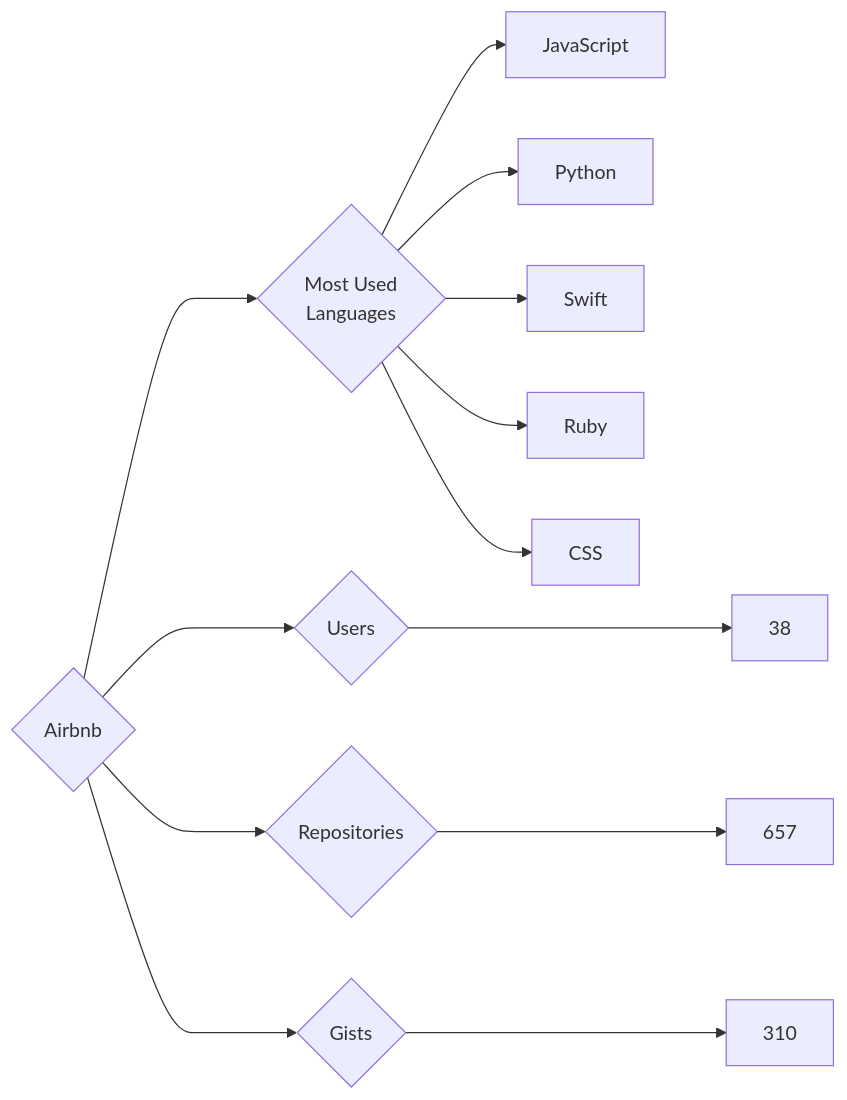
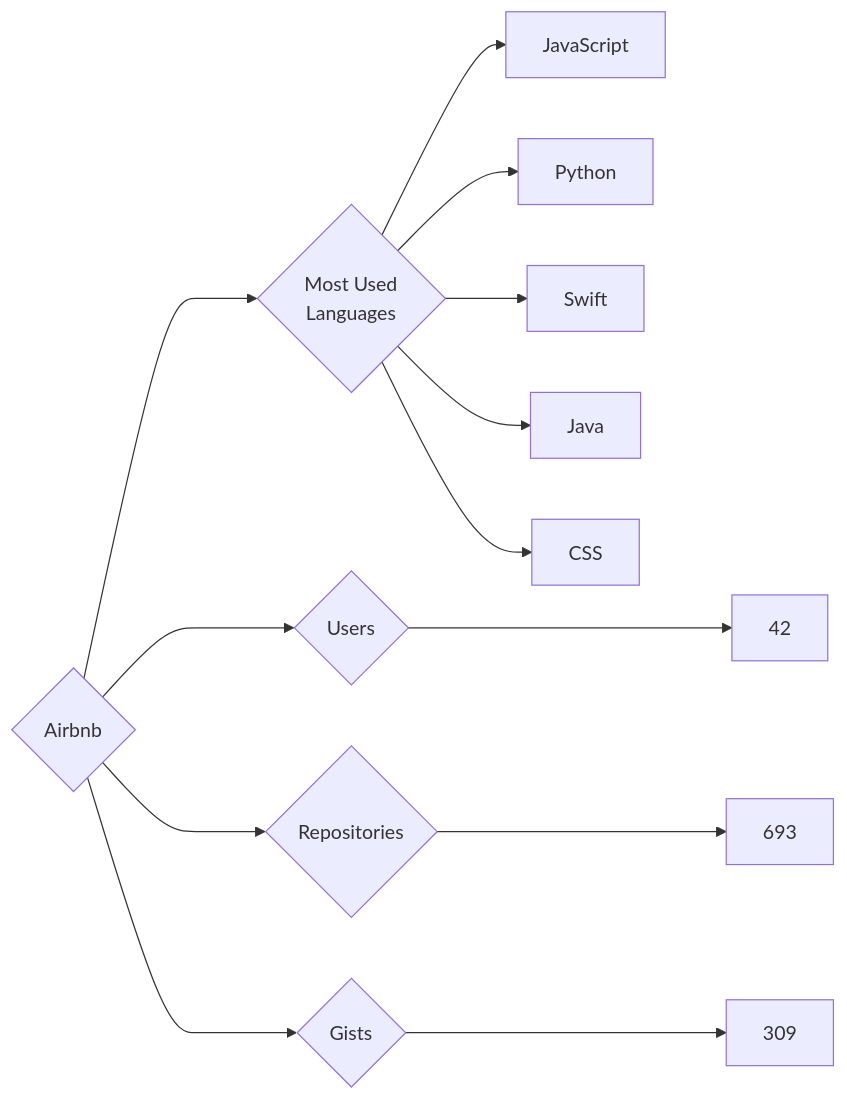
One commit to trickest/insiders changed the diagram in targets/Airbnb/README.md. Above: the diagram before and after it, drawn with Mermaid. The commit also changed 569 other files, not shown here.

````diff
--- a/targets/Airbnb/README.md
+++ b/targets/Airbnb/README.md
@@ -3,13 +3,13 @@
 ```mermaid
 graph LR
 COMPANY_NAME{Airbnb}
-COMPANY_NAME ---> U{Users} ---> UN[38]
-COMPANY_NAME ---> R{Repositories} ---> RN[657]
-COMPANY_NAME ---> G{Gists} ---> GN[310]
+COMPANY_NAME ---> U{Users} ---> UN[42]
+COMPANY_NAME ---> R{Repositories} ---> RN[693]
+COMPANY_NAME ---> G{Gists} ---> GN[309]
 COMPANY_NAME ---> ML{Most Used<br>Languages}
 ML --> JavaScript[JavaScript]
 ML --> Python[Python]
 ML --> Swift[Swift]
-ML --> Ruby[Ruby]
+ML --> Java[Java]
 ML --> CSS[CSS]
 ```
````
